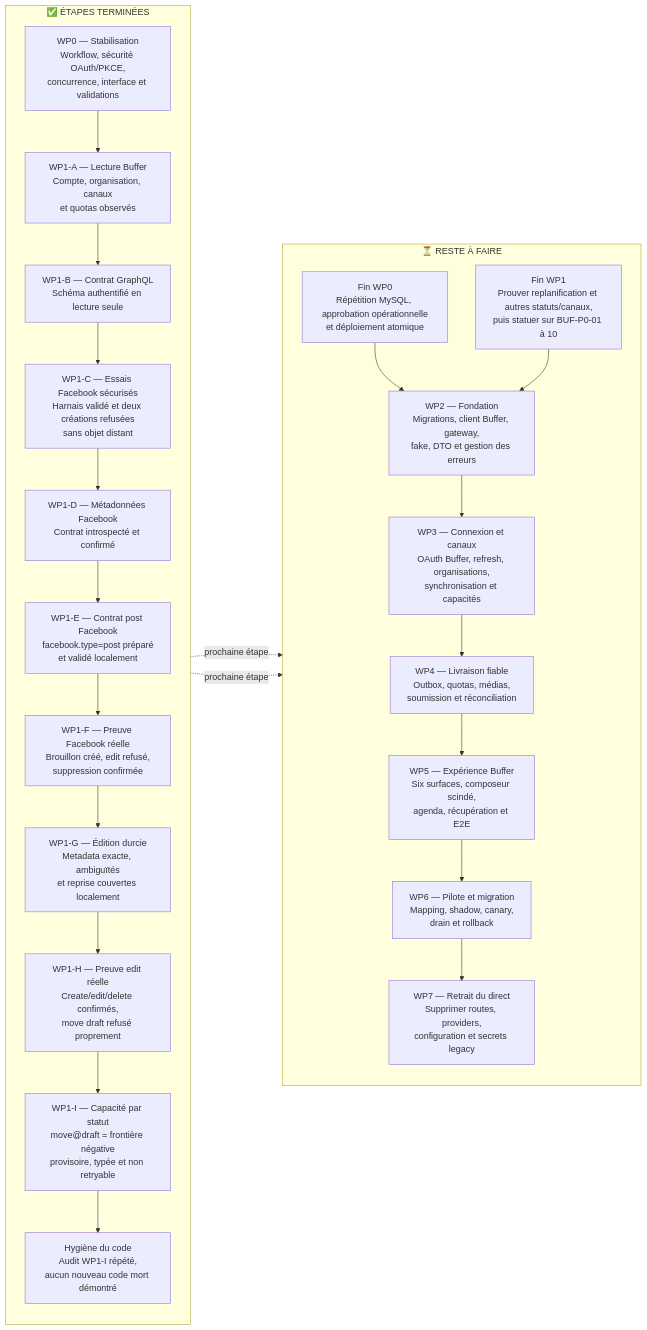
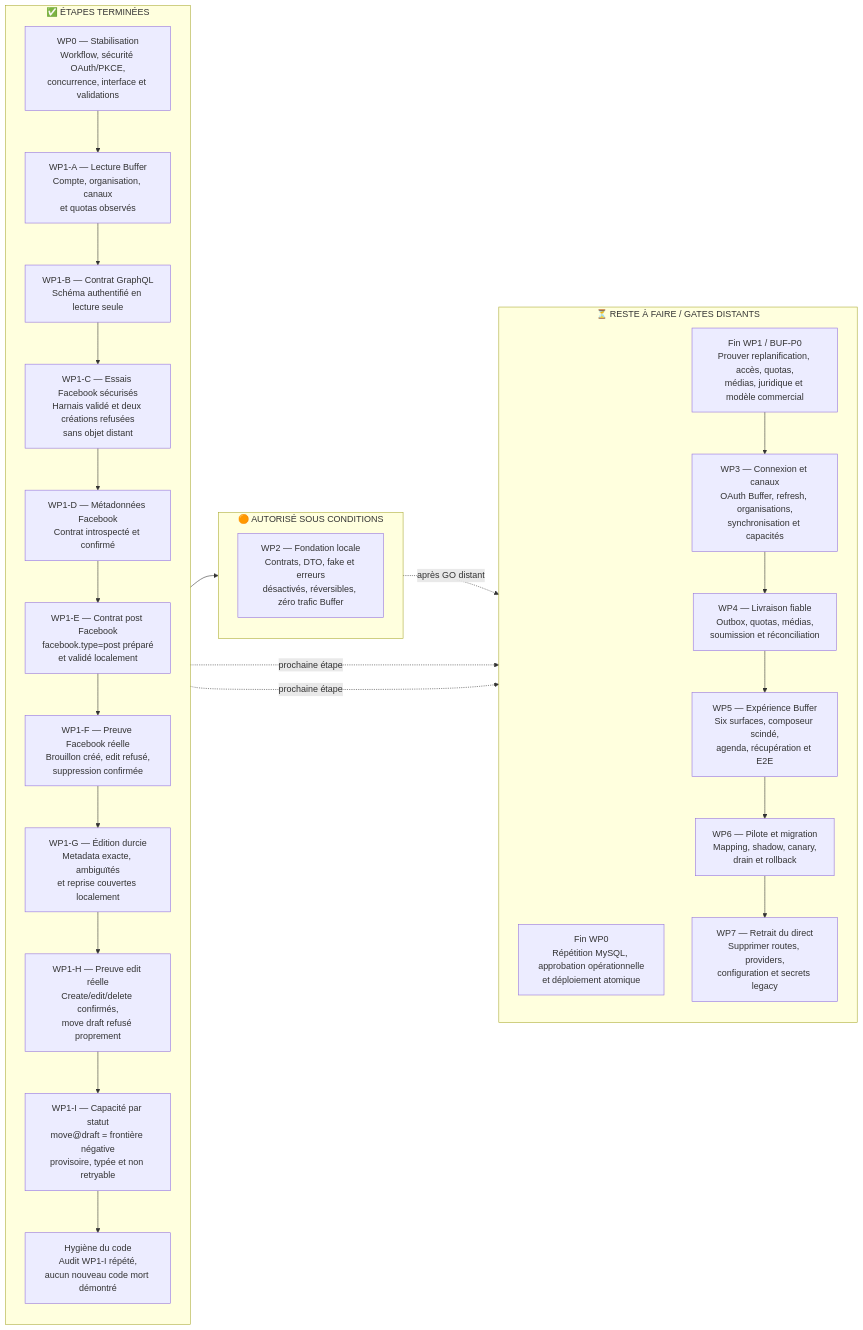
One commit to Lenenba/mlkpro_v3 changed the diagram in docs/MALIKIA_PULSE_AVANCEMENT_VISUEL.md. Above: the diagram before and after it, drawn with Mermaid. The commit also changed other lines of this file and 3 other files, not shown here.

````diff
--- a/docs/MALIKIA_PULSE_AVANCEMENT_VISUEL.md
+++ b/docs/MALIKIA_PULSE_AVANCEMENT_VISUEL.md
@@ -5,38 +5,43 @@
 ```mermaid
 flowchart LR
     subgraph DONE["✅ ÉTAPES TERMINÉES"]
         direction TB
         D0["WP0 — Stabilisation<br/>Workflow, sécurité OAuth/PKCE,<br/>concurrence, interface et validations"]
         D1A["WP1-A — Lecture Buffer<br/>Compte, organisation, canaux<br/>et quotas observés"]
         D1B["WP1-B — Contrat GraphQL<br/>Schéma authentifié en lecture seule"]
         D1C["WP1-C — Essais Facebook sécurisés<br/>Harnais validé et deux créations refusées<br/>sans objet distant"]
         D1D["WP1-D — Métadonnées Facebook<br/>Contrat introspecté et confirmé"]
         D1E["WP1-E — Contrat post Facebook<br/>facebook.type=post préparé<br/>et validé localement"]
         D1F["WP1-F — Preuve Facebook réelle<br/>Brouillon créé, edit refusé,<br/>suppression confirmée"]
         D1G["WP1-G — Édition durcie<br/>Metadata exacte, ambiguïtés<br/>et reprise couvertes localement"]
         D1H["WP1-H — Preuve edit réelle<br/>Create/edit/delete confirmés,<br/>move draft refusé proprement"]
         D1I["WP1-I — Capacité par statut<br/>move@draft = frontière négative<br/>provisoire, typée et non retryable"]
         DQ["Hygiène du code<br/>Audit WP1-I répété,<br/>aucun nouveau code mort démontré"]
 
         D0 --> D1A --> D1B --> D1C --> D1D --> D1E --> D1F --> D1G --> D1H --> D1I --> DQ
     end
 
-    subgraph TODO["⏳ RESTE À FAIRE"]
+    subgraph CONDITIONAL["🟠 AUTORISÉ SOUS CONDITIONS"]
+        direction TB
+        C2["WP2 — Fondation locale<br/>Contrats, DTO, fake et erreurs<br/>désactivés, réversibles, zéro trafic Buffer"]
+    end
+
+    subgraph TODO["⏳ RESTE À FAIRE / GATES DISTANTS"]
         direction TB
         T0["Fin WP0<br/>Répétition MySQL, approbation opérationnelle<br/>et déploiement atomique"]
-        T1["Fin WP1<br/>Prouver replanification et autres statuts/canaux,<br/>puis statuer sur BUF-P0-01 à 10"]
-        T2["WP2 — Fondation<br/>Migrations, client Buffer, gateway,<br/>fake, DTO et gestion des erreurs"]
+        T1["Fin WP1 / BUF-P0<br/>Prouver replanification, accès, quotas,<br/>médias, juridique et modèle commercial"]
         T3["WP3 — Connexion et canaux<br/>OAuth Buffer, refresh, organisations,<br/>synchronisation et capacités"]
         T4["WP4 — Livraison fiable<br/>Outbox, quotas, médias,<br/>soumission et réconciliation"]
         T5["WP5 — Expérience Buffer<br/>Six surfaces, composeur scindé,<br/>agenda, récupération et E2E"]
         T6["WP6 — Pilote et migration<br/>Mapping, shadow, canary,<br/>drain et rollback"]
         T7["WP7 — Retrait du direct<br/>Supprimer routes, providers,<br/>configuration et secrets legacy"]
 
-        T0 --> T2
-        T1 --> T2
-        T2 --> T3 --> T4 --> T5 --> T6 --> T7
+        T1 --> T3
+        T3 --> T4 --> T5 --> T6 --> T7
     end
 
     DQ -. prochaine étape .-> T0
     DQ -. prochaine étape .-> T1
+    DQ --> C2
+    C2 -. après GO distant .-> T3
 ```
````
